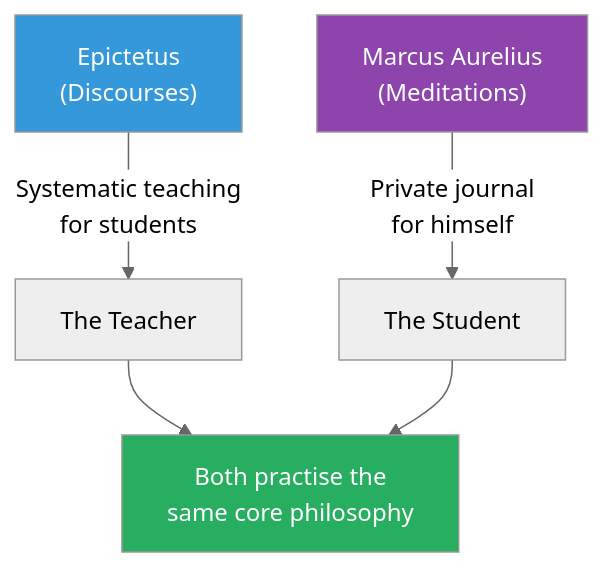
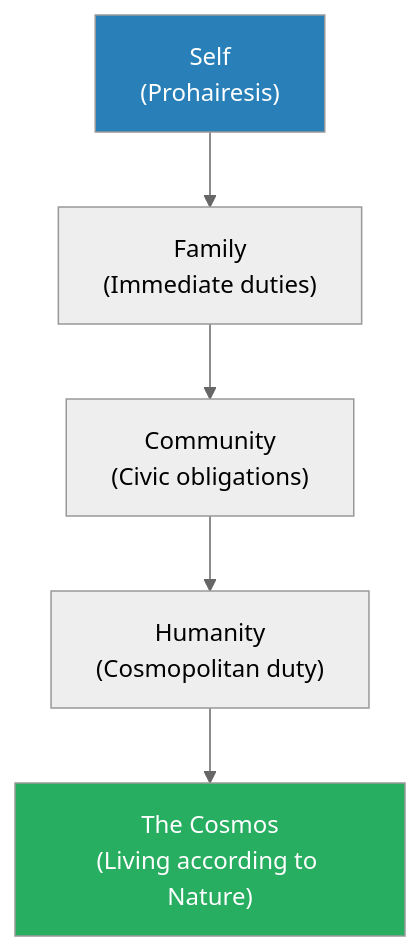
One commit to alius33/reader changed the fifth of 6 diagrams in summaries/Mindset & Self-Mastery/Discourses - Epictetus.md. Above: the diagram before and after it, drawn with Mermaid (neutral theme). The commit also changed other lines of this file and 272 other files, not shown here.

````diff
--- a/summaries/Mindset & Self-Mastery/Discourses - Epictetus.md
+++ b/summaries/Mindset & Self-Mastery/Discourses - Epictetus.md
@@ -106,10 +713,9 @@
 ```mermaid
 flowchart TD
-    E["Epictetus\n(Discourses)"] --> |"Systematic teaching\nfor students"| T["The Teacher"]
-    M["Marcus Aurelius\n(Meditations)"] --> |"Private journal\nfor himself"| S["The Student"]
-    T --> P["Both practise the\nsame core philosophy"]
-    S --> P
-    style E fill:#3498db,color:#fff
-    style M fill:#8e44ad,color:#fff
-    style P fill:#27ae60,color:#fff
+    A["Self<br>(Prohairesis)"] --> B["Family<br>(Immediate duties)"]
+    B --> C["Community<br>(Civic obligations)"]
+    C --> D["Humanity<br>(Cosmopolitan duty)"]
+    D --> E["The Cosmos<br>(Living according to Nature)"]
+    style A fill:#2980b9,color:#fff
+    style E fill:#27ae60,color:#fff
 ```
````
